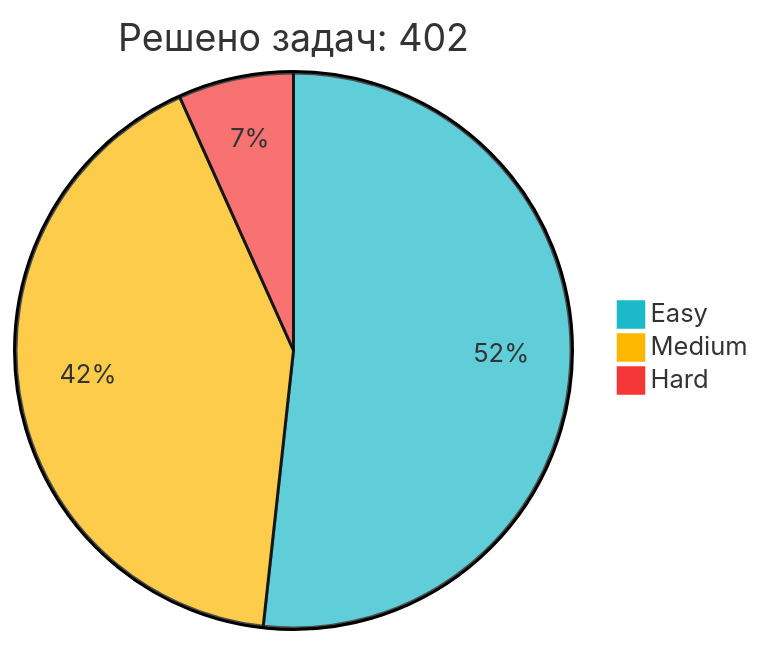
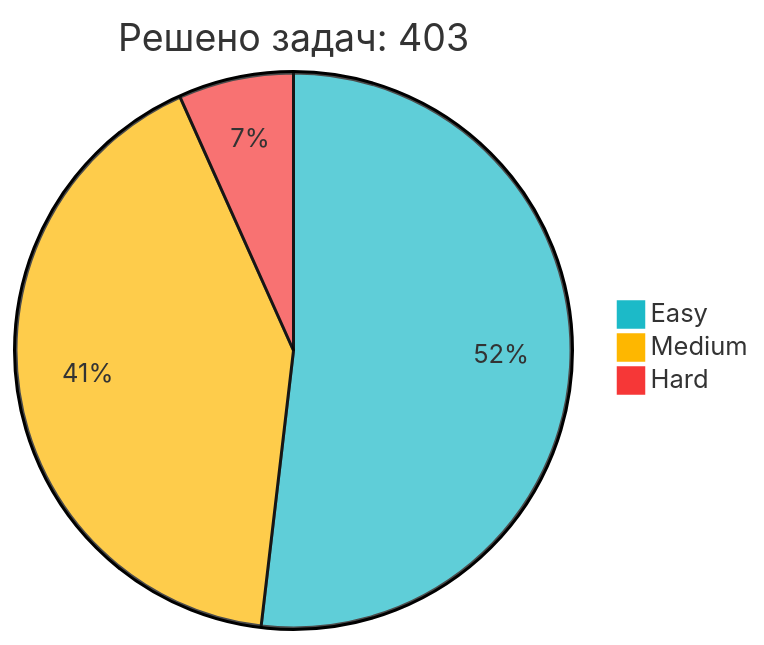
The diagram in README.md (IliaKurdukov/IliaKurdukov), drawn with Mermaid before and after one commit. The commit also changed other lines of this file, not shown here.

Commit message:
📈 Обновление статистики LeetCode

````diff
--- a/README.md
+++ b/README.md
@@ -51,7 +51,7 @@
 ```mermaid
 %%{init: {'theme': 'base', 'themeVariables': { 'pie1': '#1CBAC8', 'pie2': '#FEB700', 'pie3': '#F63737' }, 'config': {'width': 300, 'height': 200}}}%%
-pie title Решено задач: 402
-   "Easy" : 208
+pie title Решено задач: 403
+   "Easy" : 209
    "Medium" : 167
    "Hard" : 27
 ```
````
